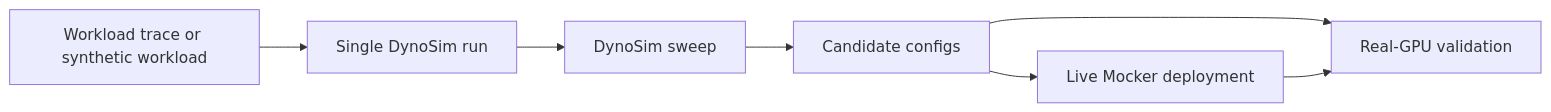
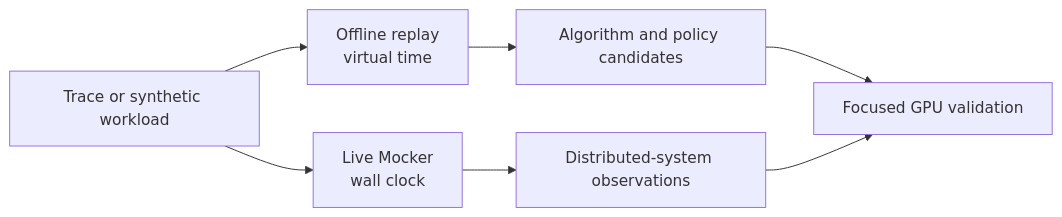
Before and after one commit to ai-dynamo/dynamo: the diagram in fern/pages-dev/dynosim/README.md, drawn with Mermaid. The commit also changed other lines of this file and 24 other files, not shown here.

````diff
--- a/fern/pages-dev/dynosim/README.md
+++ b/fern/pages-dev/dynosim/README.md
@@ -30,9 +22,9 @@
 ```mermaid
 flowchart LR
-    W["Workload trace or synthetic workload"] --> R["Single DynoSim run"]
-    R --> S["DynoSim sweep"]
-    S --> C["Candidate configs"]
-    C --> M["Live Mocker deployment"]
-    C --> G["Real-GPU validation"]
-    M --> G
+    W["Trace or synthetic workload"] --> O["Offline replay<br/>virtual time"]
+    W --> L["Live Mocker<br/>wall clock"]
+    O --> A["Algorithm and policy candidates"]
+    L --> D["Distributed-system observations"]
+    A --> G["Focused GPU validation"]
+    D --> G
 ```
````
